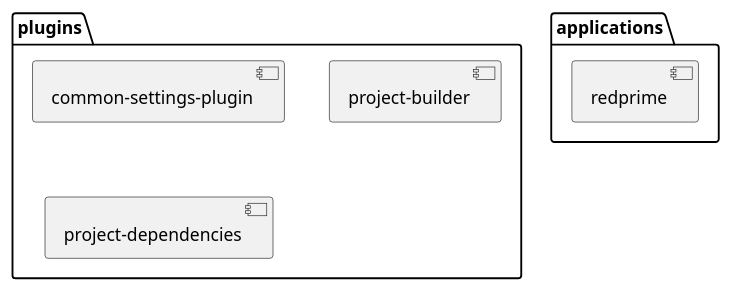
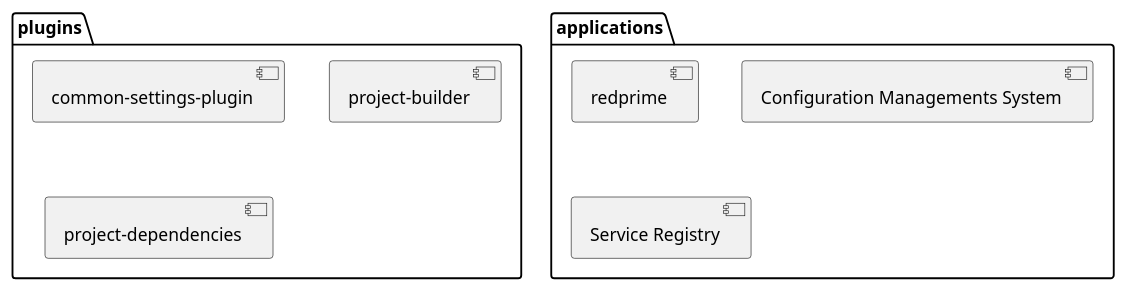
Before and after one commit to worxbend/worxbend: the diagram in docs/project_structure.puml, drawn with PlantUML.

Commit message:
test gh path - exclude scala workflow

```diff
--- a/docs/project_structure.puml
+++ b/docs/project_structure.puml
@@ -1,13 +1,15 @@
 @startuml
 package "plugins" {
     [common-settings-plugin] as common_settings_plugin
     [project-builder] as project_builder
     [project-dependencies] as project_deps
 
 }
 
 package "applications" {
     [redprime] as redprime
+    [Configuration Managements System] as helios
+    [Service Registry] as pharos
 }
 
 @enduml
```
